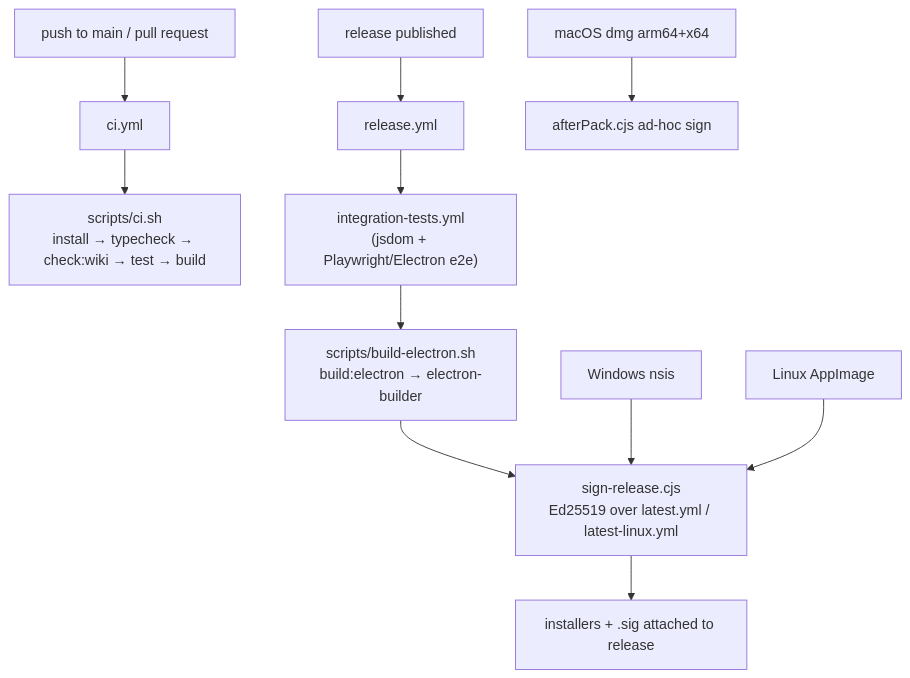
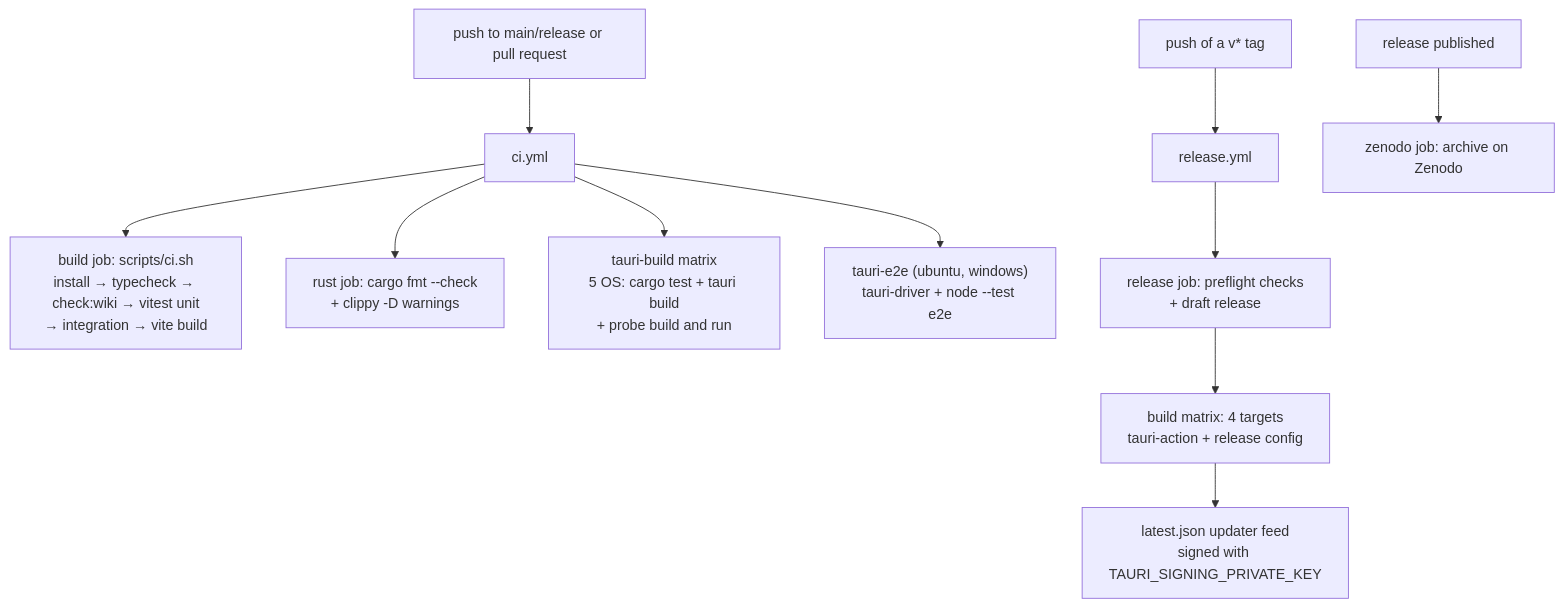
Before and after one commit to Gram21/SaiLoR: the first of 2 diagrams in openwiki/operations/build-release.md, drawn with Mermaid. The commit also changed other lines of this file and 33 other files, not shown here.

````diff
--- a/openwiki/operations/build-release.md
+++ b/openwiki/operations/build-release.md
@@ -53,13 +23,13 @@
 ```mermaid
 flowchart TD
-  PR["push to main / pull request"] --> CI["ci.yml"]
-  CI --> CiSh["scripts/ci.sh<br/>install → typecheck → check:wiki → test → build"]
-  Rel["release published"] --> RelYml["release.yml"]
-  RelYml --> Int["integration-tests.yml<br/>(jsdom + Playwright/Electron e2e)"]
-  Int --> BuildSh["scripts/build-electron.sh<br/>build:electron → electron-builder"]
-  BuildSh --> Sign["sign-release.cjs<br/>Ed25519 over latest.yml / latest-linux.yml"]
-  Sign --> Attach["installers + .sig attached to release"]
-  Mac["macOS dmg arm64+x64"] --> AfterPack["afterPack.cjs ad-hoc sign"]
-  Win["Windows nsis"] --> Sign
-  Lin["Linux AppImage"] --> Sign
+  PR["push to main/release or pull request"] --> CI["ci.yml"]
+  CI --> CiSh["build job: scripts/ci.sh<br/>install → typecheck → check:wiki → vitest unit<br/>→ integration → vite build"]
+  CI --> Rust["rust job: cargo fmt --check<br/>+ clippy -D warnings"]
+  CI --> TBuild["tauri-build matrix<br/>5 OS: cargo test + tauri build<br/>+ probe build and run"]
+  CI --> TE2E["tauri-e2e (ubuntu, windows)<br/>tauri-driver + node --test e2e"]
+  Tag["push of a v* tag"] --> Rel["release.yml"]
+  Rel --> Draft["release job: preflight checks<br/>+ draft release"]
+  Draft --> Matrix["build matrix: 4 targets<br/>tauri-action + release config"]
+  Matrix --> Feed["latest.json updater feed<br/>signed with TAURI_SIGNING_PRIVATE_KEY"]
+  Pub["release published"] --> Zenodo["zenodo job: archive on Zenodo"]
 ```
````
